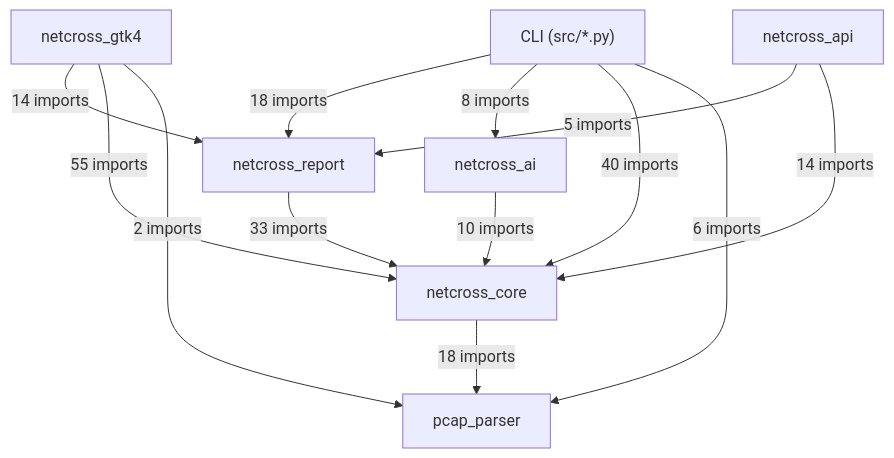
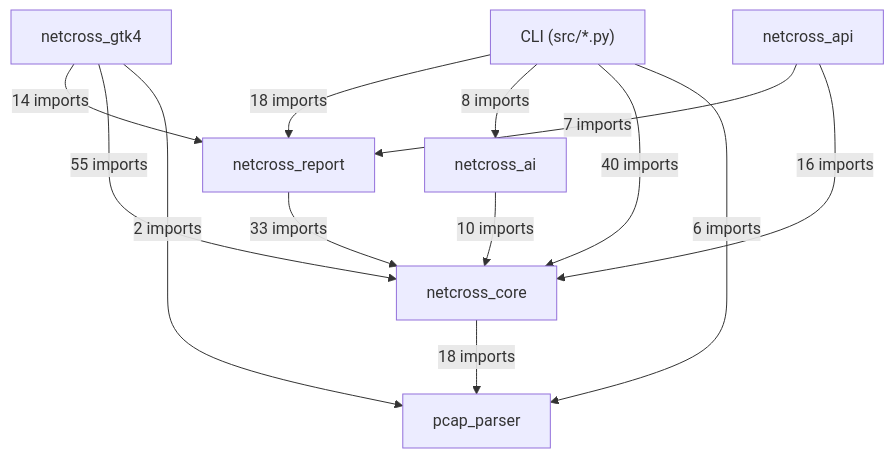
One commit to Mathide-Team/Netcross changed the first of 19 diagrams in docs/class-diagram.md. Above: the diagram before and after it, drawn with Mermaid. The commit also changed other lines of this file and 5 other files, not shown here.

First line of the commit message:
feat(#673): API sections d'expertise (rule_engine, expert_section, flow_timeline, tshark_stats, media_quality)

````diff
--- a/docs/class-diagram.md
+++ b/docs/class-diagram.md
@@ -26,22 +26,22 @@
 ```mermaid
 flowchart TD
     CLI["CLI (src/*.py)"]
     netcross_gtk4["netcross_gtk4"]
     netcross_api["netcross_api"]
     netcross_report["netcross_report"]
     netcross_ai["netcross_ai"]
     netcross_core["netcross_core"]
     pcap_parser["pcap_parser"]
     CLI -->|"18 imports"| netcross_report
     CLI -->|"8 imports"| netcross_ai
     CLI -->|"40 imports"| netcross_core
     CLI -->|"6 imports"| pcap_parser
     netcross_gtk4 -->|"14 imports"| netcross_report
     netcross_gtk4 -->|"55 imports"| netcross_core
     netcross_gtk4 -->|"2 imports"| pcap_parser
-    netcross_api -->|"5 imports"| netcross_report
-    netcross_api -->|"14 imports"| netcross_core
+    netcross_api -->|"7 imports"| netcross_report
+    netcross_api -->|"16 imports"| netcross_core
     netcross_report -->|"33 imports"| netcross_core
     netcross_ai -->|"10 imports"| netcross_core
     netcross_core -->|"18 imports"| pcap_parser
 ```
````
